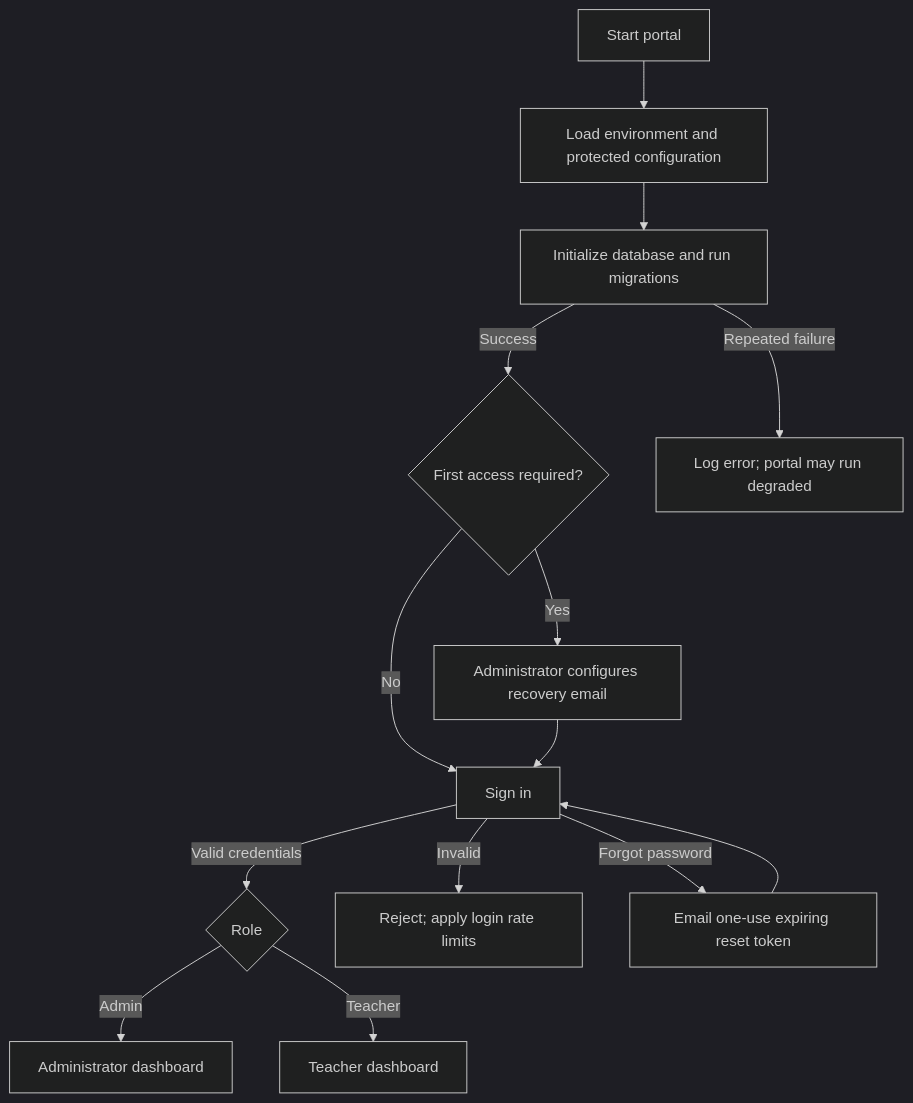
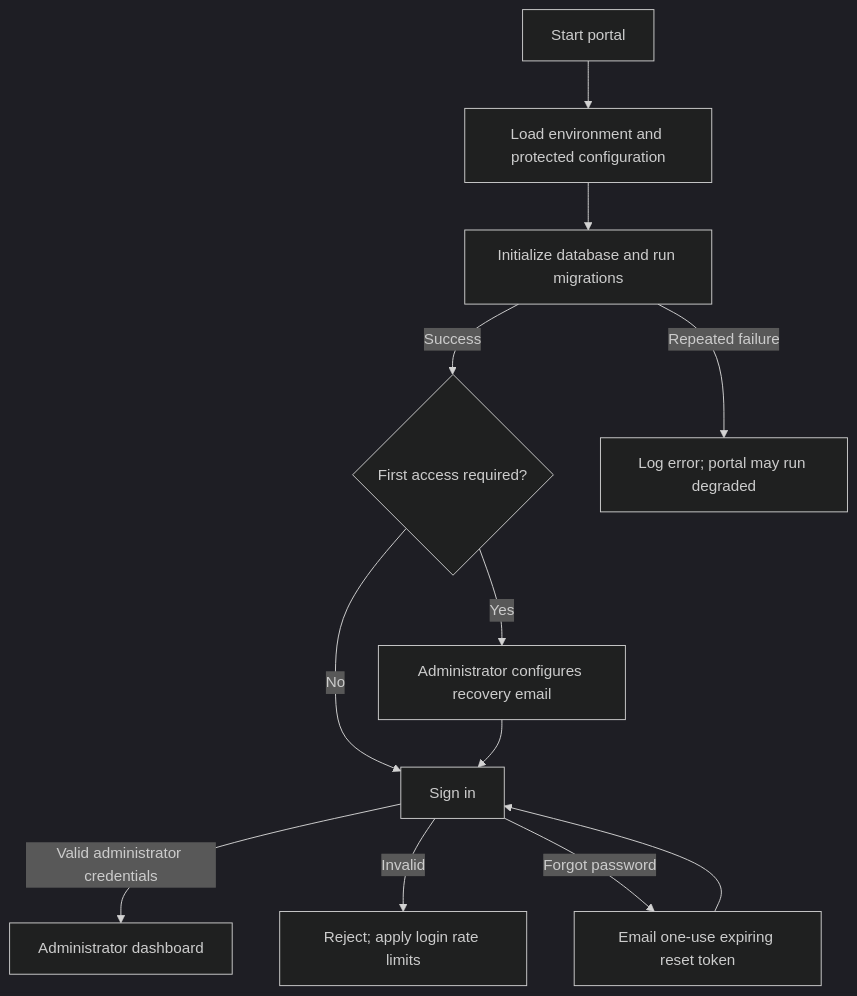
One commit to AlfredAbiera/SmartClassAC changed the second of 8 diagrams in docs/SYSTEM_FLOWCHART.md. Above: the diagram before and after it, drawn with Mermaid (dark theme). The commit also changed other lines of this file and 13 other files, not shown here.

First line of the commit message:
feat(auth): restrict login to administrators only and update login flow

````diff
--- a/docs/SYSTEM_FLOWCHART.md
+++ b/docs/SYSTEM_FLOWCHART.md
@@ -29,16 +29,14 @@
 ```mermaid
 flowchart TD
     Start[Start portal] --> Config[Load environment and protected configuration]
     Config --> Init[Initialize database and run migrations]
     Init -->|Success| First{First access required?}
     Init -->|Repeated failure| Degraded[Log error; portal may run degraded]
     First -->|Yes| Setup[Administrator configures recovery email]
     First -->|No| Login[Sign in]
     Setup --> Login
-    Login -->|Valid credentials| Role{Role}
+    Login -->|Valid administrator credentials| Admin[Administrator dashboard]
     Login -->|Invalid| Denied[Reject; apply login rate limits]
-    Role -->|Admin| Admin[Administrator dashboard]
-    Role -->|Teacher| Teacher[Teacher dashboard]
     Login -->|Forgot password| Reset[Email one-use expiring reset token]
     Reset --> Login
 ```
````
